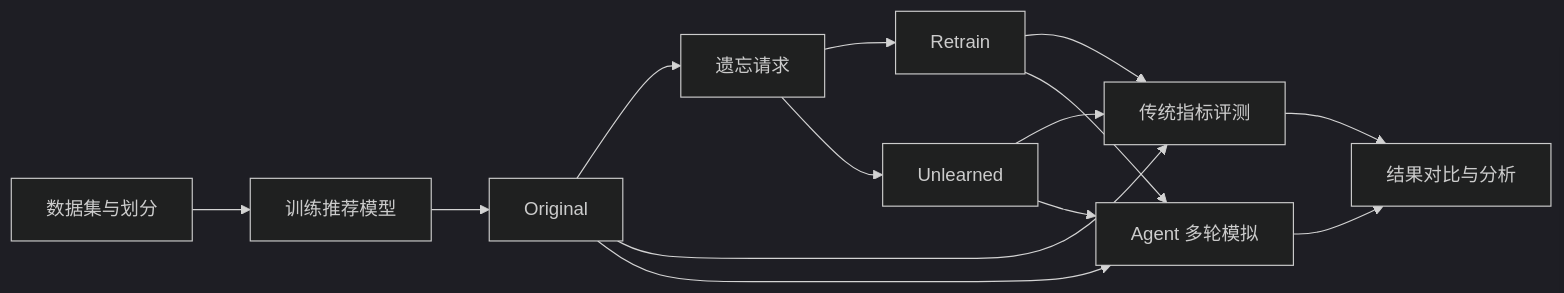
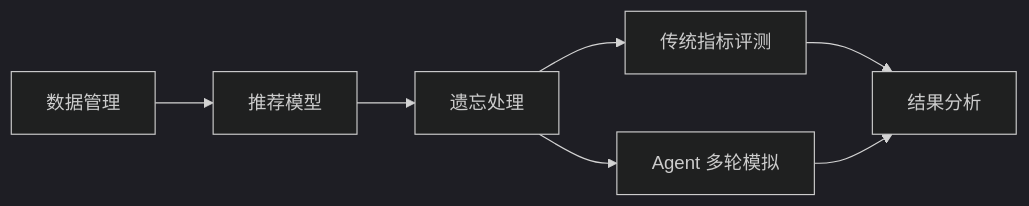
One commit to Kyunic/AfterRec changed the diagram in README.zh-CN.md. Above: the diagram before and after it, drawn with Mermaid (dark theme). The commit also changed other lines of this file, not shown here.

````diff
--- a/README.zh-CN.md
+++ b/README.zh-CN.md
@@ -26,16 +22,9 @@
 ```mermaid
 flowchart LR
-    D["数据集与划分"] --> M["训练推荐模型"]
-    M --> O["Original"]
-    O --> F["遗忘请求"]
-    F --> R["Retrain"]
-    F --> U["Unlearned"]
-    O --> E["传统指标评测"]
-    R --> E
-    U --> E
-    O --> S["Agent 多轮模拟"]
-    R --> S
-    U --> S
-    E --> V["结果对比与分析"]
-    S --> V
+    D["数据管理"] --> R["推荐模型"]
+    R --> U["遗忘处理"]
+    U --> E["传统指标评测"]
+    U --> A["Agent 多轮模拟"]
+    E --> V["结果分析"]
+    A --> V
 ```
````
